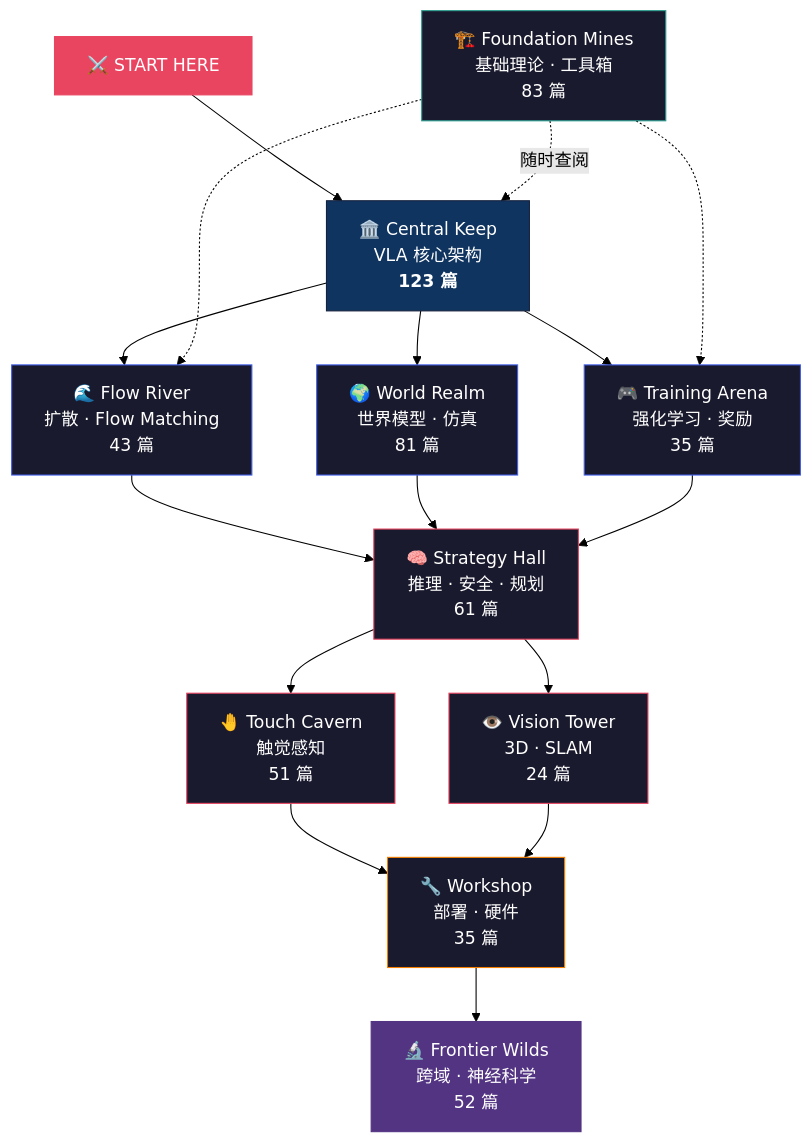
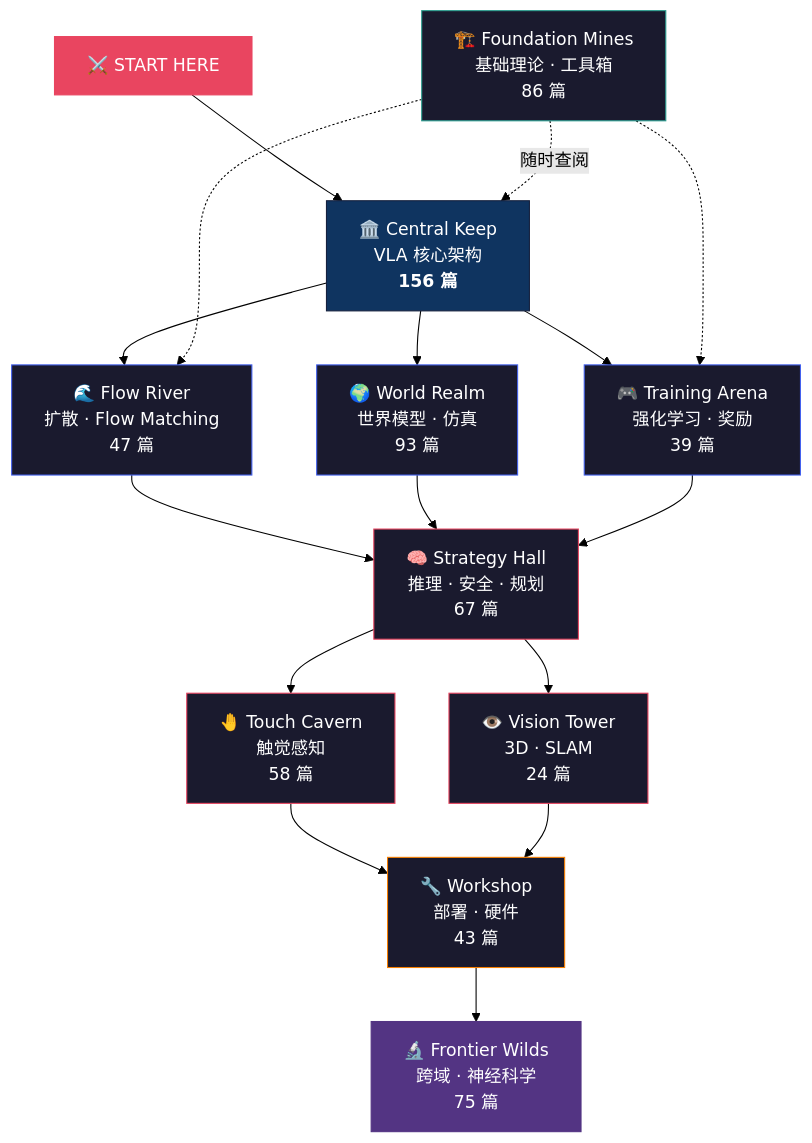
Before and after one commit to shawxiaodahua/VLA-Handbook: the diagram in theory/README.md, drawn with Mermaid (forest theme). The commit also changed other lines of this file and 4 other files, not shown here.

````diff
--- a/theory/README.md
+++ b/theory/README.md
@@ -27,36 +28,36 @@
 ```mermaid
 graph TD
-    START["⚔️ START HERE"] --> CORE["🏛️ Central Keep<br/>VLA 核心架构<br/><b>123 篇</b>"]
+    START["⚔️ START HERE"] --> CORE["🏛️ Central Keep<br/>VLA 核心架构<br/><b>156 篇</b>"]
 
-    CORE --> FLOW["🌊 Flow River<br/>扩散 · Flow Matching<br/>43 篇"]
-    CORE --> WORLD["🌍 World Realm<br/>世界模型 · 仿真<br/>81 篇"]
-    CORE --> RL["🎮 Training Arena<br/>强化学习 · 奖励<br/>35 篇"]
+    CORE --> FLOW["🌊 Flow River<br/>扩散 · Flow Matching<br/>47 篇"]
+    CORE --> WORLD["🌍 World Realm<br/>世界模型 · 仿真<br/>93 篇"]
+    CORE --> RL["🎮 Training Arena<br/>强化学习 · 奖励<br/>39 篇"]
 
-    FLOW --> PLAN["🧠 Strategy Hall<br/>推理 · 安全 · 规划<br/>61 篇"]
+    FLOW --> PLAN["🧠 Strategy Hall<br/>推理 · 安全 · 规划<br/>67 篇"]
     WORLD --> PLAN
     RL --> PLAN
 
-    PLAN --> TOUCH["🤚 Touch Cavern<br/>触觉感知<br/>51 篇"]
+    PLAN --> TOUCH["🤚 Touch Cavern<br/>触觉感知<br/>58 篇"]
     PLAN --> EYE["👁️ Vision Tower<br/>3D · SLAM<br/>24 篇"]
 
-    TOUCH --> DEPLOY["🔧 Workshop<br/>部署 · 硬件<br/>35 篇"]
+    TOUCH --> DEPLOY["🔧 Workshop<br/>部署 · 硬件<br/>43 篇"]
     EYE --> DEPLOY
 
-    DEPLOY --> FRONTIER["🔬 Frontier Wilds<br/>跨域 · 神经科学<br/>52 篇"]
+    DEPLOY --> FRONTIER["🔬 Frontier Wilds<br/>跨域 · 神经科学<br/>75 篇"]
 
-    FOUND["🏗️ Foundation Mines<br/>基础理论 · 工具箱<br/>83 篇"] -.->|随时查阅| CORE
+    FOUND["🏗️ Foundation Mines<br/>基础理论 · 工具箱<br/>86 篇"] -.->|随时查阅| CORE
     FOUND -.-> FLOW
     FOUND -.-> RL
 
     style START fill:#e94560,stroke:#e94560,color:#fff
     style CORE fill:#0f3460,stroke:#16213e,color:#fff
     style FLOW fill:#1a1a2e,stroke:#4361ee,color:#fff
     style WORLD fill:#1a1a2e,stroke:#4361ee,color:#fff
     style RL fill:#1a1a2e,stroke:#4361ee,color:#fff
     style PLAN fill:#1a1a2e,stroke:#e94560,color:#fff
     style TOUCH fill:#1a1a2e,stroke:#e94560,color:#fff
     style EYE fill:#1a1a2e,stroke:#e94560,color:#fff
     style DEPLOY fill:#1a1a2e,stroke:#f77f00,color:#fff
     style FRONTIER fill:#533483,stroke:#533483,color:#fff
     style FOUND fill:#1a1a2e,stroke:#2a9d8f,color:#fff
 ```
````
